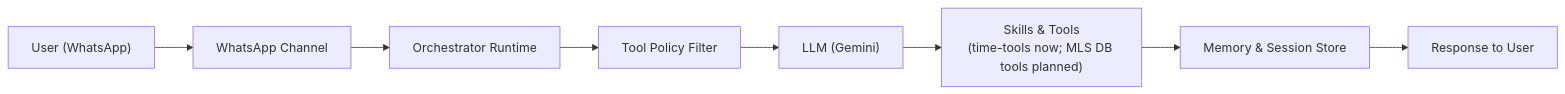
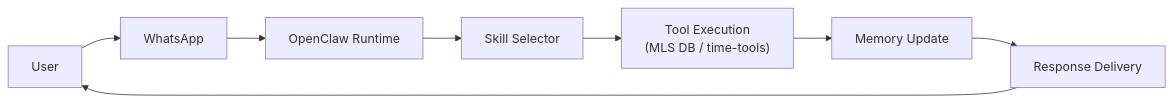
One commit to mnarla/IDX-Exchange-Agentic-AI changed the first of 2 diagrams in docs/architecture.md. Above: the diagram before and after it, drawn with Mermaid. The commit also changed other lines of this file, not shown here.

````diff
--- a/docs/architecture.md
+++ b/docs/architecture.md
@@ -18,10 +11,10 @@
 ```mermaid
 flowchart LR
-    User["User (WhatsApp)"] --> Channel["WhatsApp Channel"]
-    Channel --> Gateway["Orchestrator Runtime"]
-    Gateway --> Filter["Tool Policy Filter"]
-    Filter --> LLM["LLM (Gemini)"]
-    LLM --> Tools["Skills & Tools<br/>(time-tools now; MLS DB tools planned)"]
-    Tools --> State["Memory & Session Store"]
-    State --> Resp["Response to User"]
+    User["User"] --> WA["WhatsApp"]
+    WA --> Runtime["OpenClaw Runtime"]
+    Runtime --> Selector["Skill Selector"]
+    Selector --> Tools["Tool Execution<br/>(MLS DB / time-tools)"]
+    Tools --> Memory["Memory Update"]
+    Memory --> Resp["Response Delivery"]
+    Resp --> User
 ```
````
